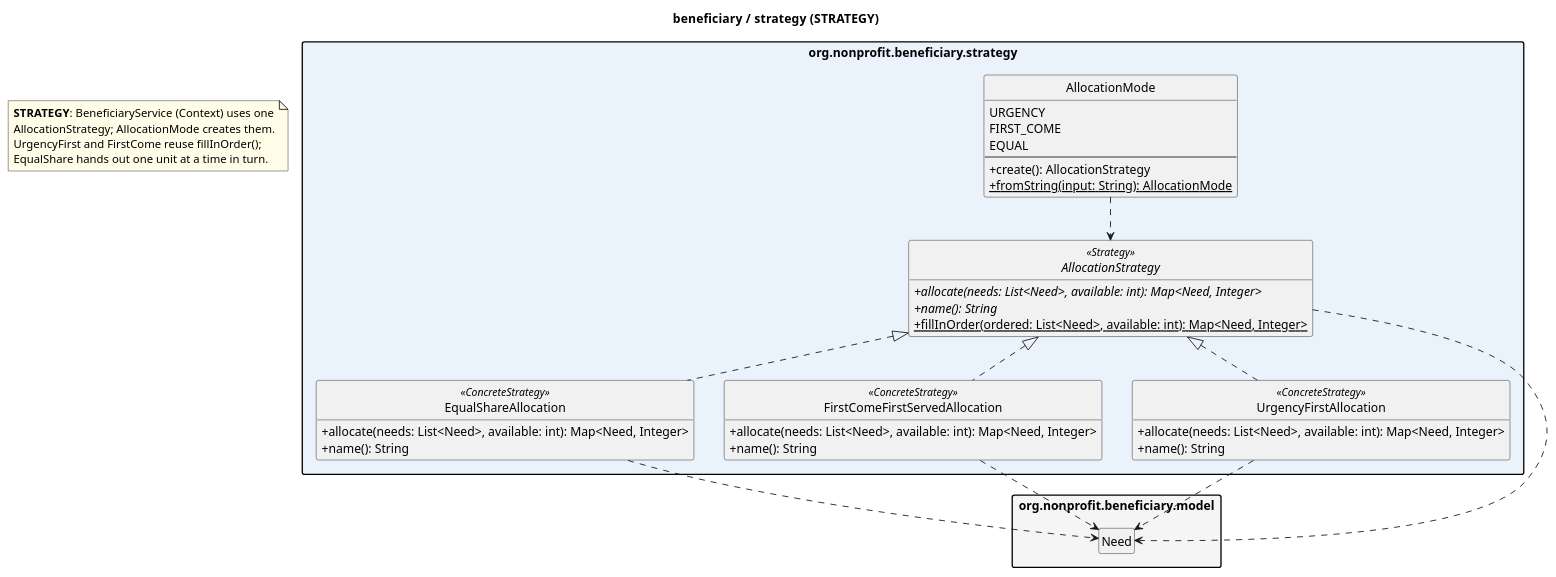
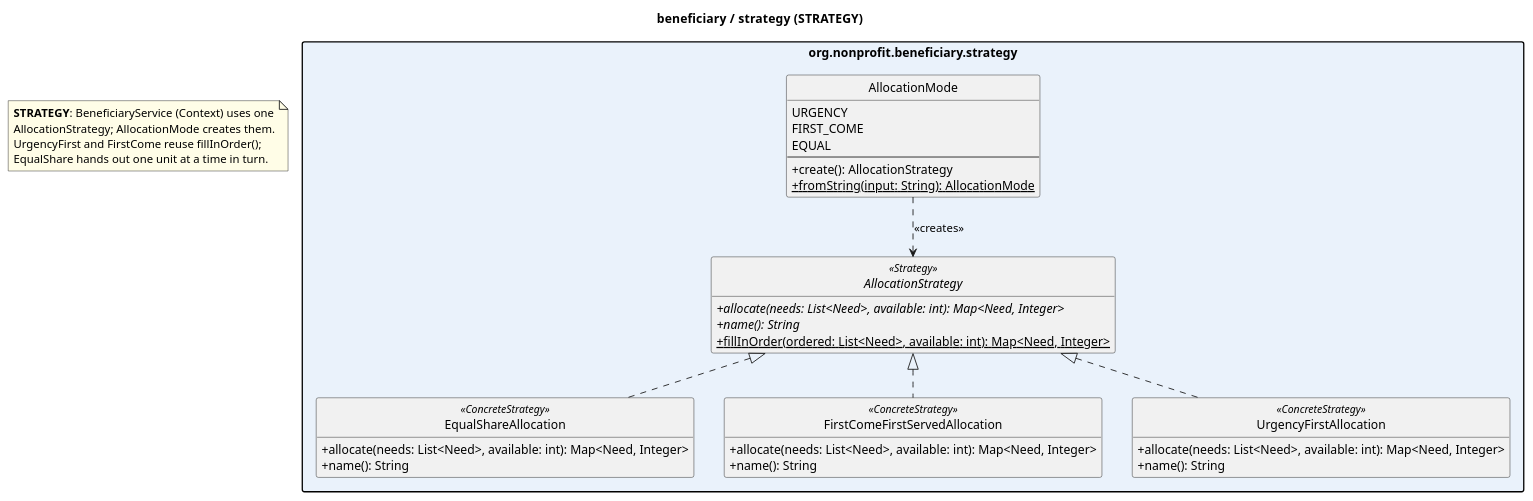
One commit to Michael-Maged/Design-Patterns changed the diagram in output/beneficiary/strategy.puml. Above: the diagram before and after it, drawn with PlantUML. The commit also changed other lines of this file and 193 other files, not shown here.

```diff
--- a/output/beneficiary/strategy.puml
+++ b/output/beneficiary/strategy.puml
@@ -6,60 +6,58 @@
 @startuml beneficiary_strategy
-' Folder org.nonprofit.beneficiary.strategy: every class in this folder with its members.
-' Generated from the Java source; classes from other folders are shown by name only.
+' Folder org.nonprofit.beneficiary.strategy: every class in this package with its members.
+' Generated from the Java source; classes from other packages are shown by name only.
+' Drawing rules: parents above children (realization for interfaces, generalization for classes);
+' only structural links (inheritance and field associations, no method-parameter 'uses' arrows);
+' associations only inside the package, to an abstraction or to a pattern participant of the module;
+' enum/record fields stay attributes;
+' one line per pair of classes; <<creates>> only for factories.
 skinparam classAttributeIconSize 0
 skinparam packageStyle rectangle
 skinparam nodesep 35
 skinparam ranksep 50
 skinparam noteBackgroundColor #FFFDE7
 hide circle
 hide empty members
 title beneficiary / strategy  (STRATEGY)
 top to bottom direction
 
 package "org.nonprofit.beneficiary.strategy" as here #EAF2FB {
   interface AllocationStrategy <<Strategy>> {
     +{abstract} allocate(needs: List<Need>, available: int): Map<Need, Integer>
     +{abstract} name(): String
     +{static} fillInOrder(ordered: List<Need>, available: int): Map<Need, Integer>
   }
   enum AllocationMode {
     URGENCY
     FIRST_COME
     EQUAL
     --
     +create(): AllocationStrategy
     +{static} fromString(input: String): AllocationMode
   }
   class EqualShareAllocation <<ConcreteStrategy>> {
     +allocate(needs: List<Need>, available: int): Map<Need, Integer>
     +name(): String
   }
   class FirstComeFirstServedAllocation <<ConcreteStrategy>> {
     +allocate(needs: List<Need>, available: int): Map<Need, Integer>
     +name(): String
   }
   class UrgencyFirstAllocation <<ConcreteStrategy>> {
     +allocate(needs: List<Need>, available: int): Map<Need, Integer>
     +name(): String
   }
 }
-package "org.nonprofit.beneficiary.model" as other0 #F5F5F5 {
-  class Need
-}
 
 EqualShareAllocation .up.|> AllocationStrategy
 FirstComeFirstServedAllocation .up.|> AllocationStrategy
 UrgencyFirstAllocation .up.|> AllocationStrategy
-AllocationStrategy ..> Need
-AllocationMode ..> AllocationStrategy
-EqualShareAllocation ..> Need
-FirstComeFirstServedAllocation ..> Need
-UrgencyFirstAllocation ..> Need
+AllocationMode ..> AllocationStrategy : <<creates>>
 
 note as N1
   <b>STRATEGY</b>: BeneficiaryService (Context) uses one
   AllocationStrategy; AllocationMode creates them.
   UrgencyFirst and FirstCome reuse fillInOrder();
   EqualShare hands out one unit at a time in turn.
 end note
 @enduml
```
